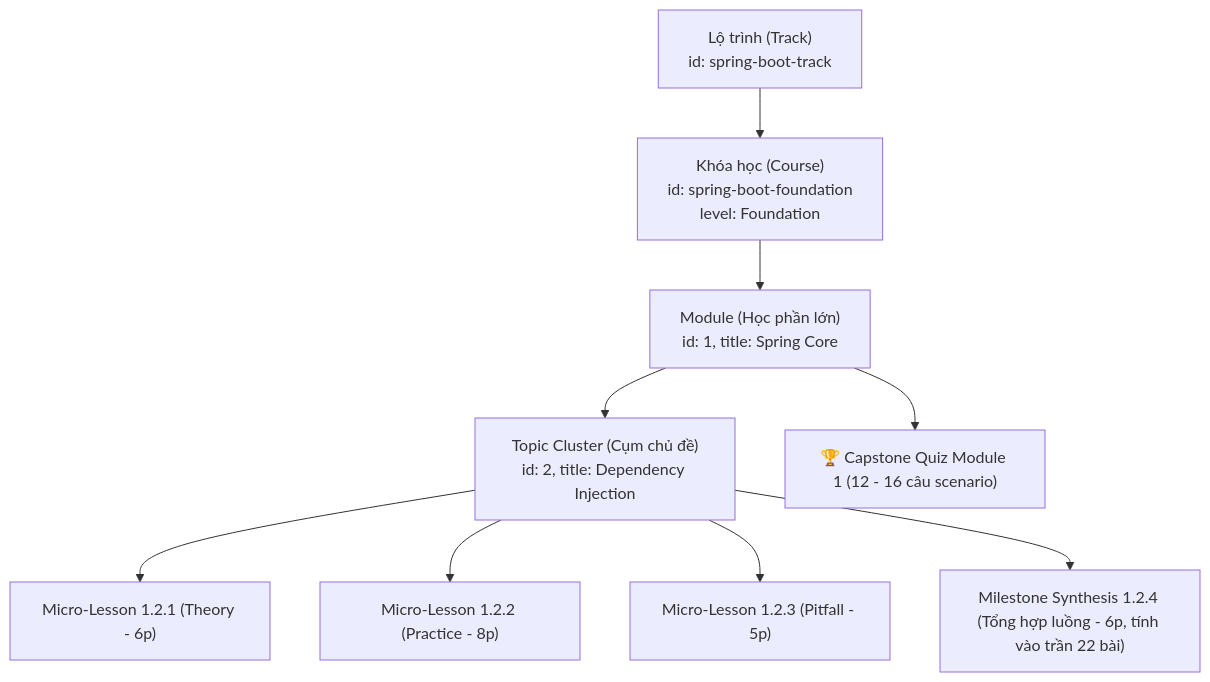
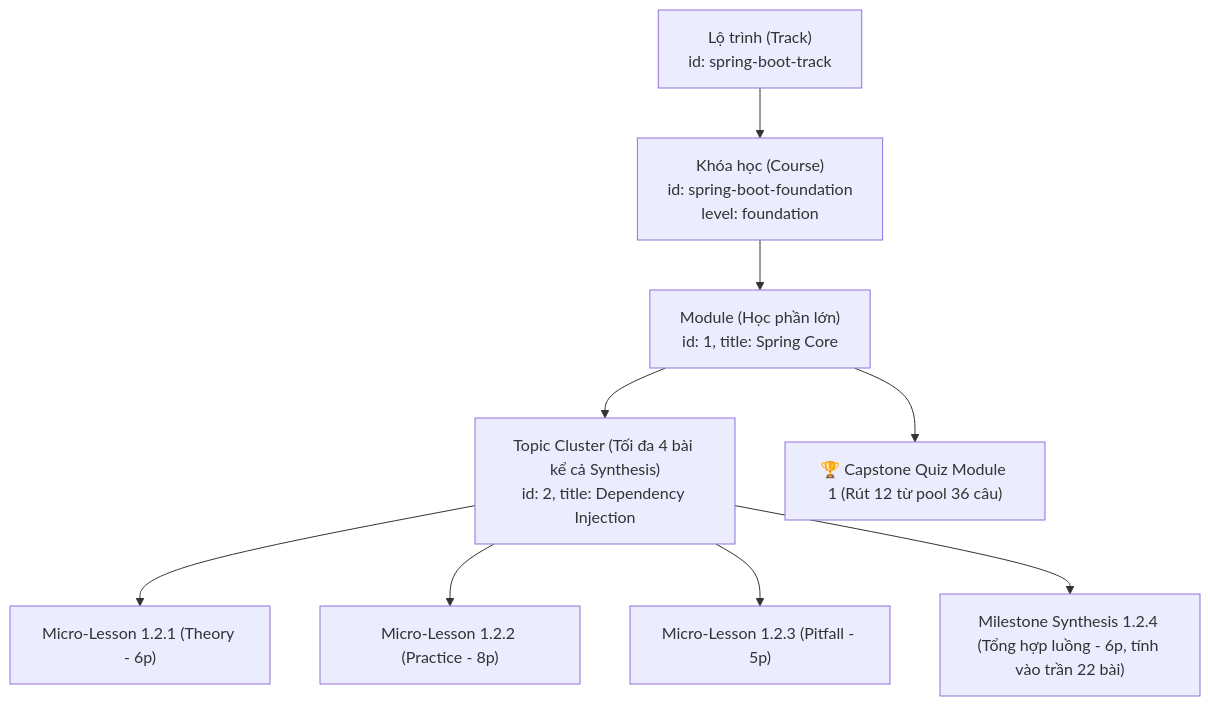
The second of 2 diagrams in CURRICULUM_STANDARDS.md (hanndbn/spring-boot-course), drawn with Mermaid before and after one commit. The commit also changed other lines of this file, not shown here.

````diff
--- a/CURRICULUM_STANDARDS.md
+++ b/CURRICULUM_STANDARDS.md
@@ -79,11 +111,11 @@
 ```mermaid
 graph TD
-    Track["Lộ trình (Track)<br>id: spring-boot-track"] --> Course["Khóa học (Course)<br>id: spring-boot-foundation<br>level: Foundation"]
+    Track["Lộ trình (Track)<br>id: spring-boot-track"] --> Course["Khóa học (Course)<br>id: spring-boot-foundation<br>level: foundation"]
     Course --> M["Module (Học phần lớn)<br>id: 1, title: Spring Core"]
-    M --> T["Topic Cluster (Cụm chủ đề)<br>id: 2, title: Dependency Injection"]
+    M --> T["Topic Cluster (Tối đa 4 bài kể cả Synthesis)<br>id: 2, title: Dependency Injection"]
     T --> L1["Micro-Lesson 1.2.1 (Theory - 6p)"]
     T --> L2["Micro-Lesson 1.2.2 (Practice - 8p)"]
     T --> L3["Micro-Lesson 1.2.3 (Pitfall - 5p)"]
     T --> L4["Milestone Synthesis 1.2.4 (Tổng hợp luồng - 6p, tính vào trần 22 bài)"]
-    M --> QZ["🏆 Capstone Quiz Module 1 (12 - 16 câu scenario)"]
+    M --> QZ["🏆 Capstone Quiz Module 1 (Rút 12 từ pool 36 câu)"]
 ```
````
